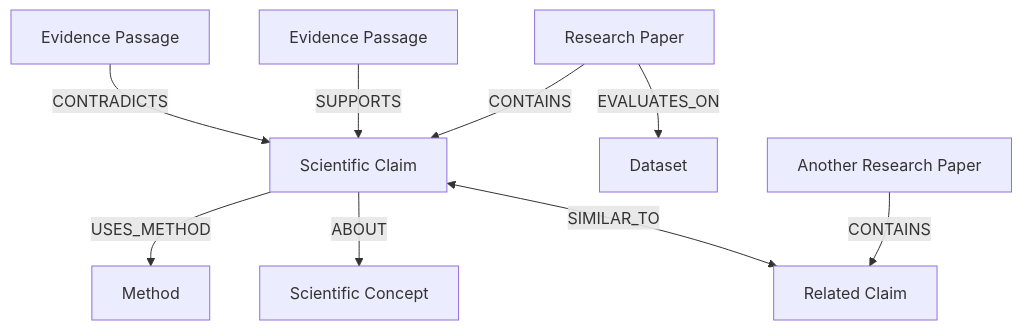
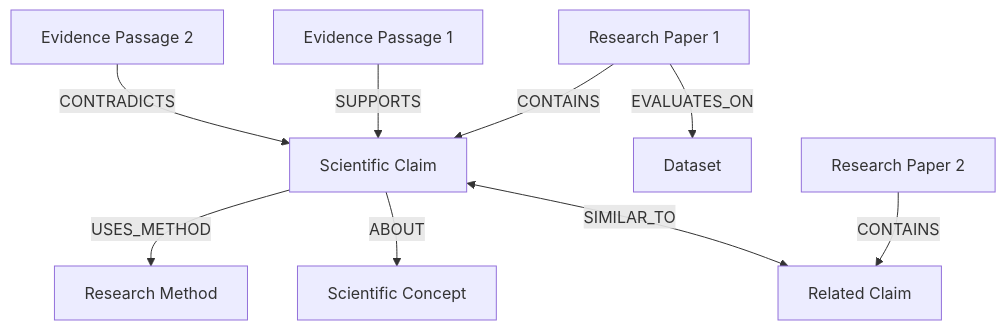
One commit to iamHammadA/Alethia changed the second of 4 diagrams in README.md. Above: the diagram before and after it, drawn with Mermaid. The commit also changed other lines of this file, not shown here.

````diff
--- a/README.md
+++ b/README.md
@@ -394,11 +495,16 @@
 ```mermaid
 flowchart TD
-    P["Research Paper"] -->|CONTAINS| C["Scientific Claim"]
-    E["Evidence Passage"] -->|SUPPORTS| C
-    E2["Evidence Passage"] -->|CONTRADICTS| C
-    C -->|USES_METHOD| M["Method"]
-    C -->|ABOUT| X["Scientific Concept"]
-    P -->|EVALUATES_ON| D["Dataset"]
-    P2["Another Research Paper"] -->|CONTAINS| C2["Related Claim"]
-    C <-->|SIMILAR_TO| C2
+    P1[Research Paper 1] -->|CONTAINS| C1[Scientific Claim]
+
+    E1[Evidence Passage 1] -->|SUPPORTS| C1
+    E2[Evidence Passage 2] -->|CONTRADICTS| C1
+
+    C1 -->|USES_METHOD| M1[Research Method]
+    C1 -->|ABOUT| X1[Scientific Concept]
+
+    P1 -->|EVALUATES_ON| D1[Dataset]
+
+    P2[Research Paper 2] -->|CONTAINS| C2[Related Claim]
+
+    C1 <-->|SIMILAR_TO| C2
 ```
````
